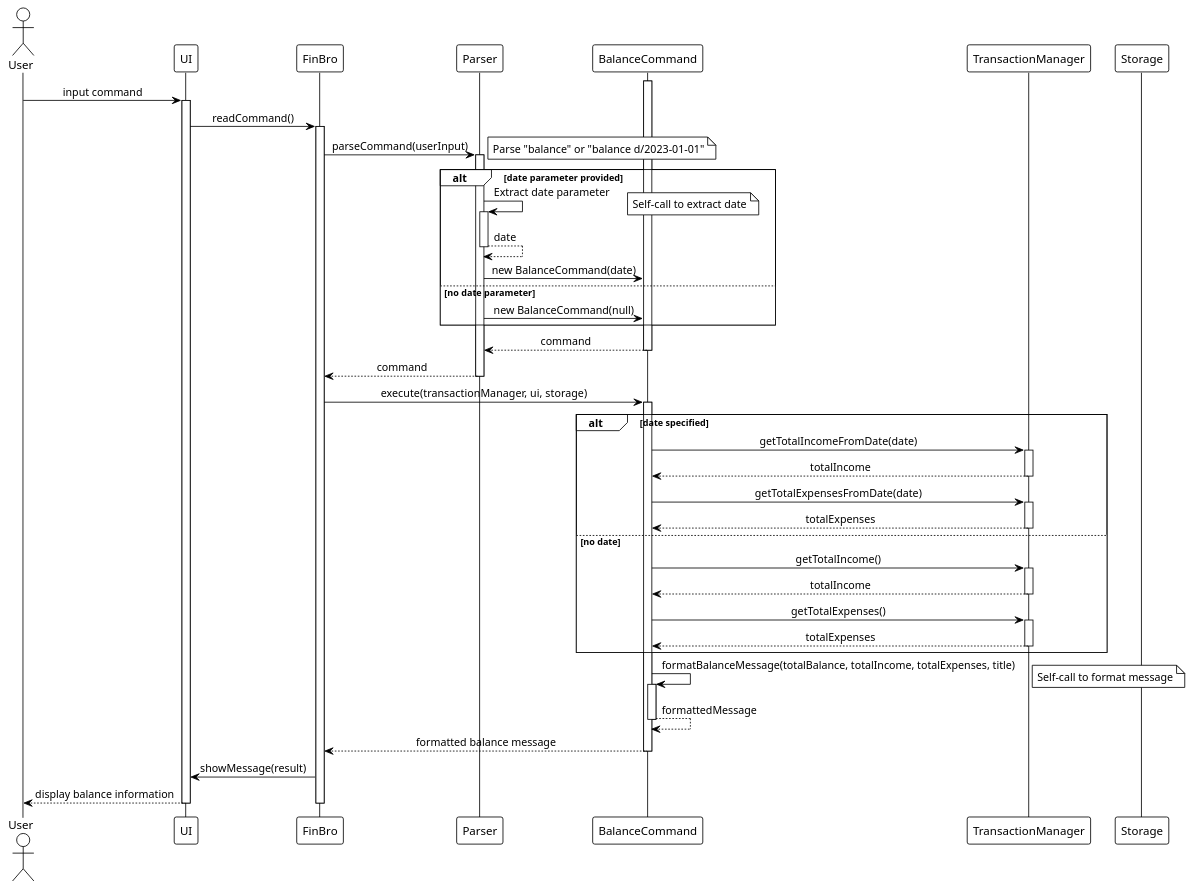
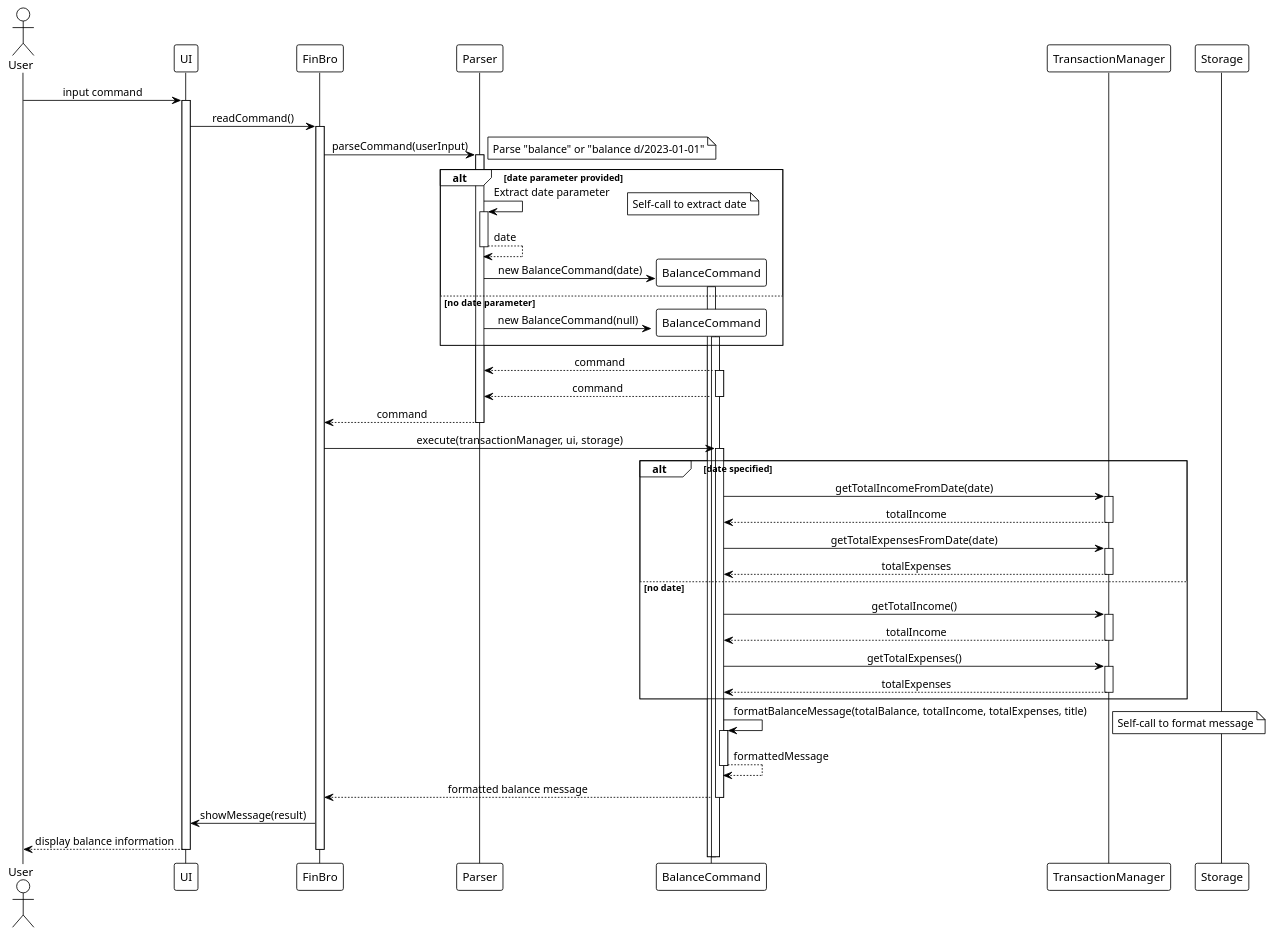
Before and after one commit to laitcanard05/tp: diagram 20 of 21 in docs/DeveloperGuide.md, drawn with PlantUML. The commit also changed other lines of this file, not shown here.

```diff
--- a/docs/DeveloperGuide.md
+++ b/docs/DeveloperGuide.md
@@ -1713,10 +1719,16 @@
     Parser --> Parser : date
     deactivate Parser
     
+    create BalanceCommand
     Parser -> BalanceCommand : new BalanceCommand(date)
+    activate BalanceCommand
 else no date parameter
+    create BalanceCommand
     Parser -> BalanceCommand : new BalanceCommand(null)
+    activate BalanceCommand
 end
+
+BalanceCommand --> Parser : command
 
 activate BalanceCommand
 BalanceCommand --> Parser : command
```
